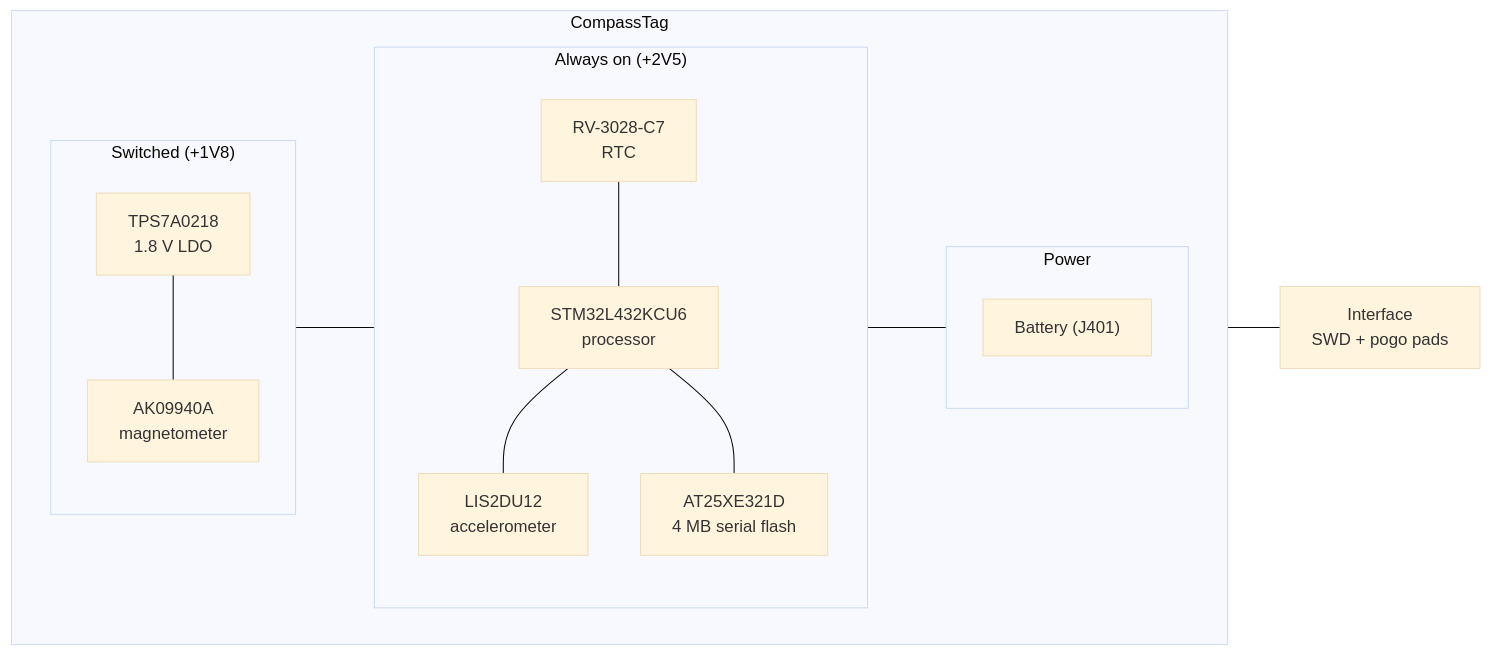
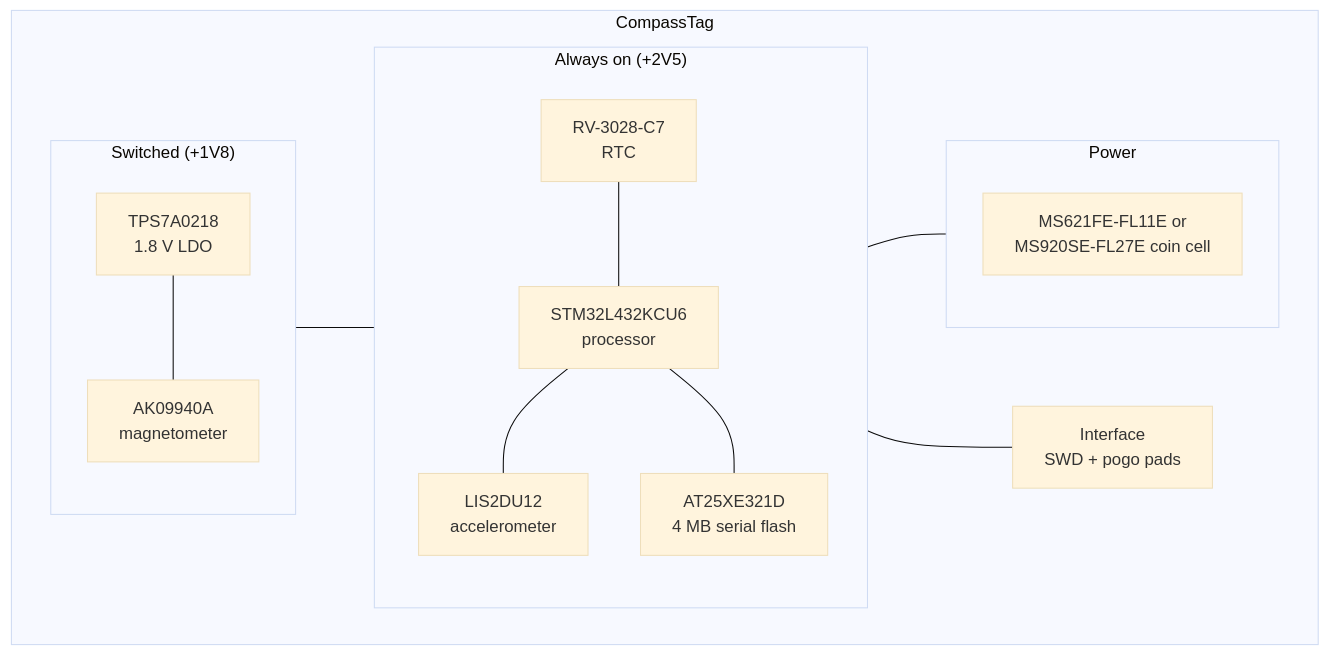
Before and after one commit to tag-designs/hardware: the diagram in docs/src/tags/compasstag.md, drawn with Mermaid (base theme). The commit also changed other lines of this file and 7 other files, not shown here.

First line of the commit message:
docs: name the cells, fix two diagrams, indent the side index

````diff
--- a/docs/src/tags/compasstag.md
+++ b/docs/src/tags/compasstag.md
@@ -10,27 +10,28 @@
 ```mermaid
 flowchart LR
   subgraph TAG[CompassTag]
     direction LR
     subgraph SW["Switched (+1V8)"]
       MAG["AK09940A<br/>magnetometer"]
       LDO["TPS7A0218<br/>1.8 V LDO"]
       LDO --- MAG
     end
     subgraph ON["Always on (+2V5)"]
       direction TB
       RTC["RV-3028-C7<br/>RTC"]
       MCU["STM32L432KCU6<br/>processor"]
       ACC["LIS2DU12<br/>accelerometer"]
       FLASH["AT25XE321D<br/>4 MB serial flash"]
       RTC --- MCU
       MCU --- ACC
       MCU --- FLASH
     end
     subgraph PWR[Power]
-      BAT["Battery (J401)"]
+      BAT["MS621FE-FL11E or<br/>MS920SE-FL27E coin cell"]
     end
+    IF["Interface<br/>SWD + pogo pads"]
     SW --- ON
   end
   ON --- PWR
-  ON --- IF["Interface<br/>SWD + pogo pads"]
+  ON --- IF
 ```
````
